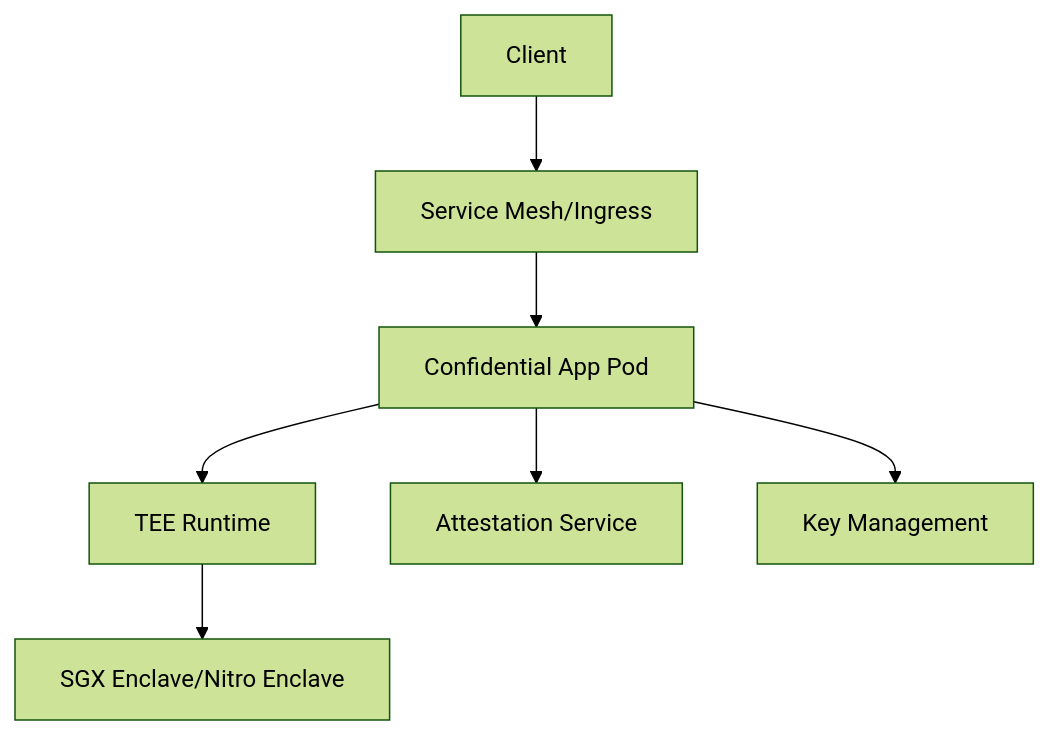
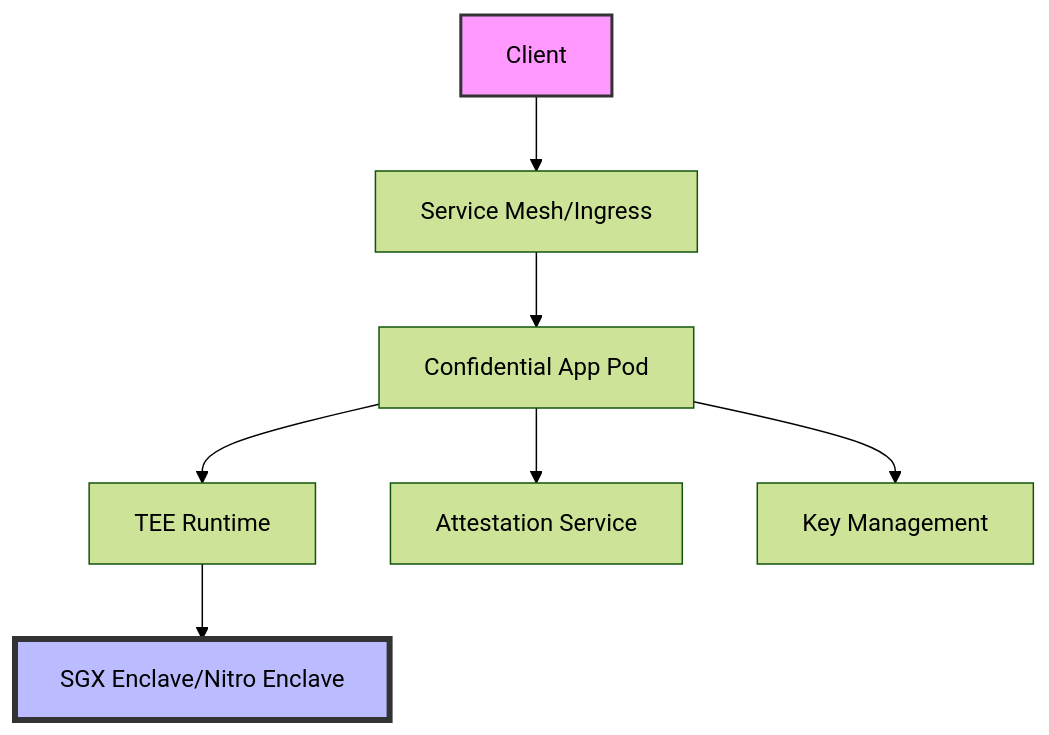
One commit to yashodhan271/confidential-compute changed the diagram in README.md. Above: the diagram before and after it, drawn with Mermaid (forest theme). The commit also changed other lines of this file, not shown here.

````diff
--- a/README.md
+++ b/README.md
@@ -63,9 +120,12 @@
 ```mermaid
 graph TD
     A[Client] --> B[Service Mesh/Ingress]
     B --> C[Confidential App Pod]
     C --> D[TEE Runtime]
     D --> E[SGX Enclave/Nitro Enclave]
     C --> F[Attestation Service]
     C --> G[Key Management]
+
+    style A fill:#f9f,stroke:#333,stroke-width:2px
+    style E fill:#bbf,stroke:#333,stroke-width:4px
 ```
````
